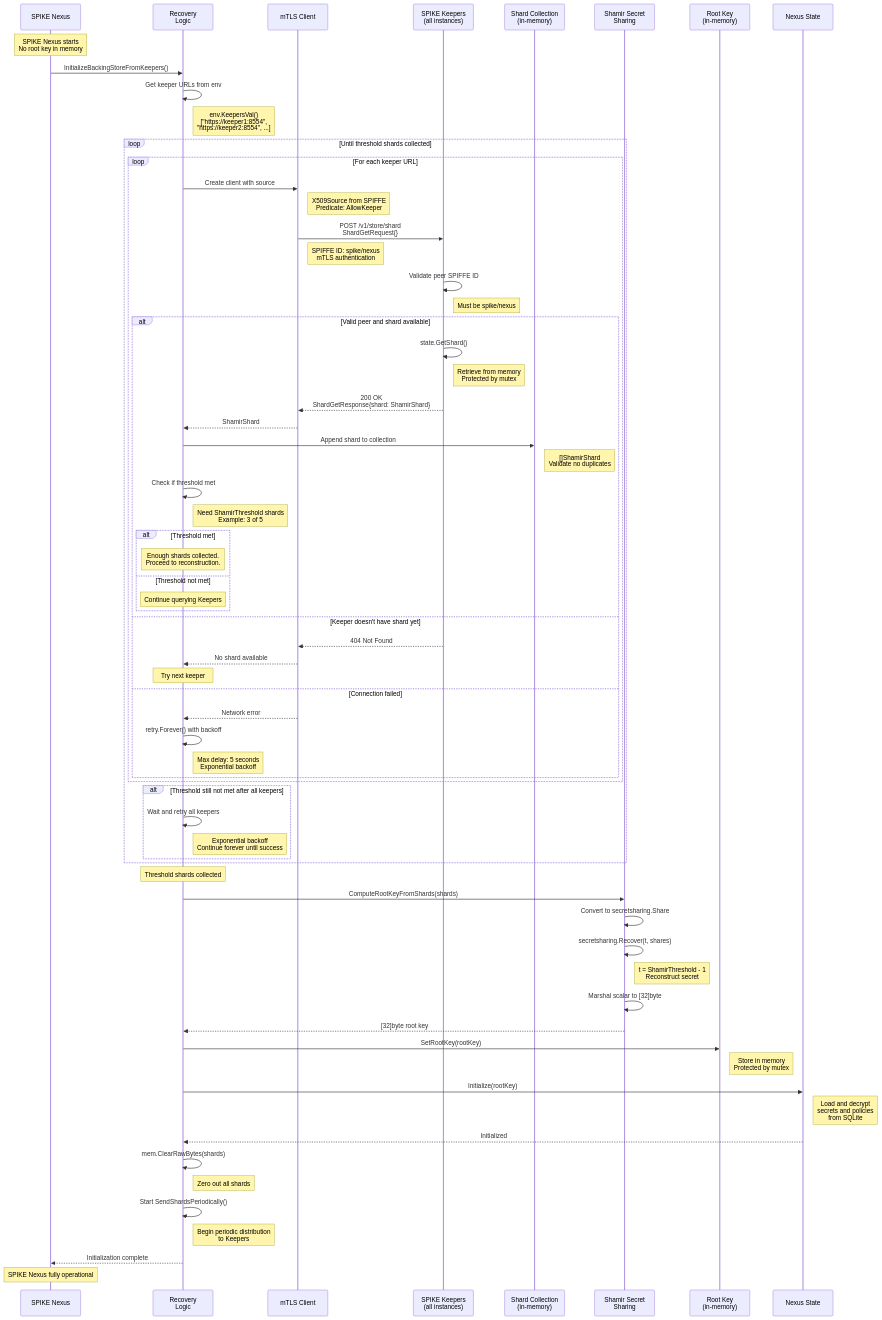
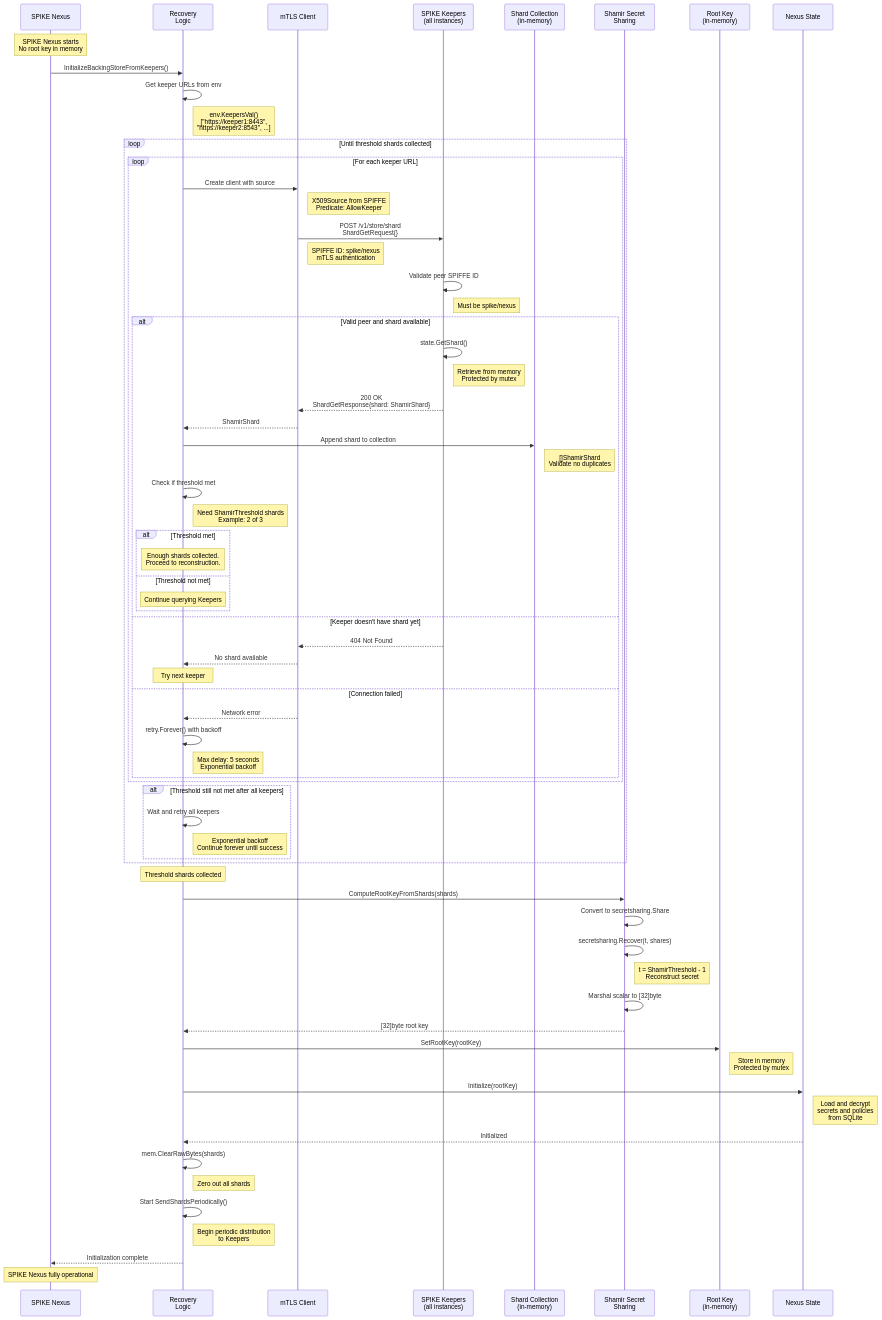
The diagram in diagrams/008-spike-nexus-recover-shard-retrieval.md (spiffe/spike), drawn with Mermaid before and after one commit. The commit also changed 25 other files, not shown here.

```diff
--- a/diagrams/008-spike-nexus-recover-shard-retrieval.md
+++ b/diagrams/008-spike-nexus-recover-shard-retrieval.md
@@ -20,7 +20,7 @@
     Nexus->>Recovery: InitializeBackingStoreFromKeepers()
 
     Recovery->>Recovery: Get keeper URLs from env
-    Note right of Recovery: env.KeepersVal()<br/>["https://keeper1:8554",<br/>"https://keeper2:8554", ...]
+    Note right of Recovery: env.KeepersVal()<br/>["https://keeper1:8443",<br/>"https://keeper2:8543", ...]
 
     loop Until threshold shards collected
         loop For each keeper URL
@@ -45,7 +45,7 @@
                 Note right of ShardStore: []ShamirShard<br/>Validate no duplicates
 
                 Recovery->>Recovery: Check if threshold met
-                Note right of Recovery: Need ShamirThreshold shards<br/>Example: 3 of 5
+                Note right of Recovery: Need ShamirThreshold shards<br/>Example: 2 of 3
 
                 alt Threshold met
                     Note over Recovery: Enough shards collected.<br/>Proceed to reconstruction.
```
